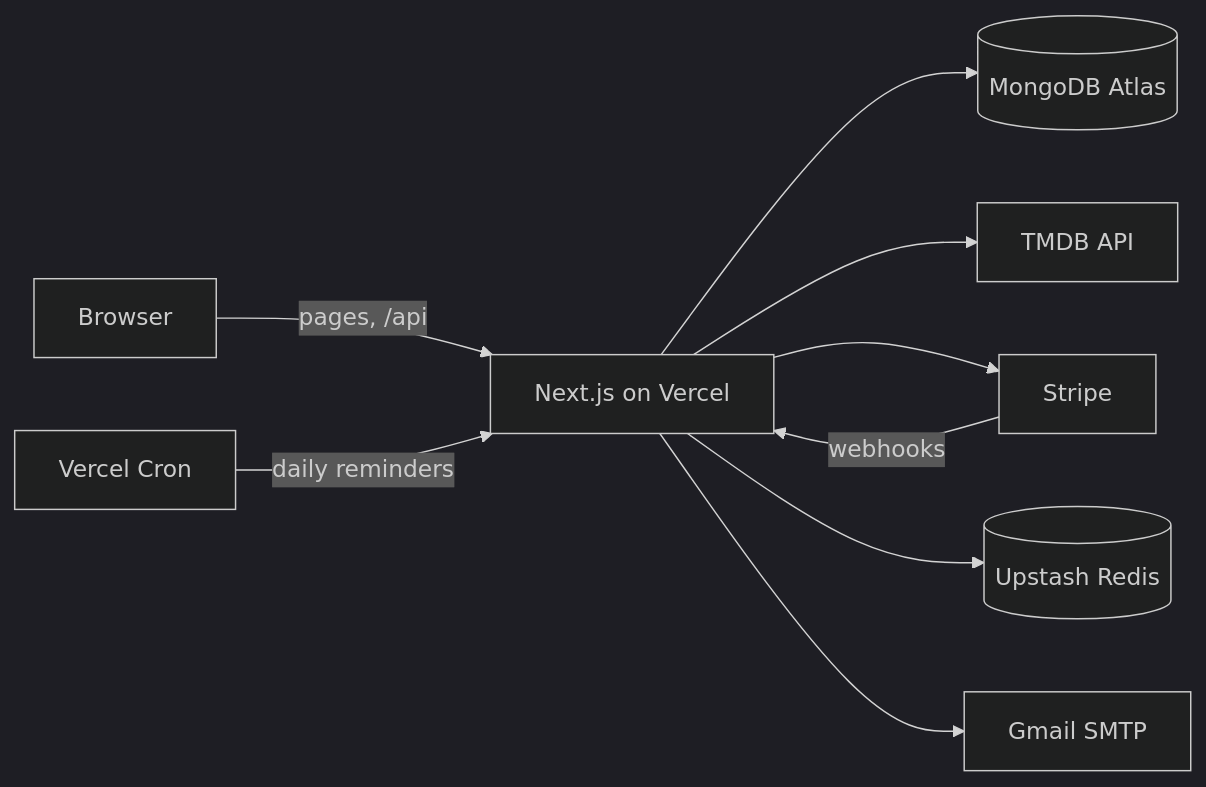
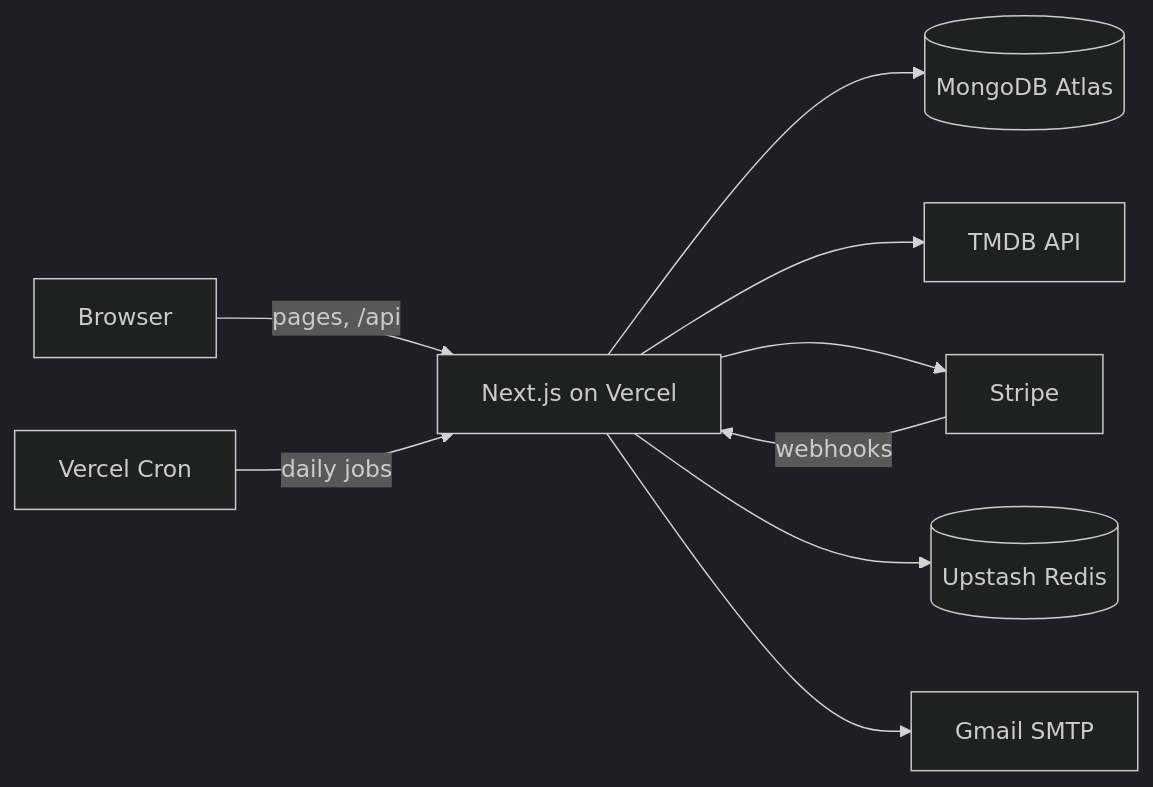
One commit to HrvojeZec/movieapp changed the diagram in README.md. Above: the diagram before and after it, drawn with Mermaid (dark theme). The commit also changed other lines of this file and 26 other files, not shown here.

````diff
--- a/README.md
+++ b/README.md
@@ -94,11 +94,11 @@
 ```mermaid
 flowchart LR
   Browser -->|pages, /api| Next[Next.js on Vercel]
   Next --> Mongo[(MongoDB Atlas)]
   Next --> TMDB[TMDB API]
   Next --> Stripe
   Next --> Redis[(Upstash Redis)]
   Next --> Gmail[Gmail SMTP]
   Stripe -->|webhooks| Next
-  Cron[Vercel Cron] -->|daily reminders| Next
+  Cron[Vercel Cron] -->|daily jobs| Next
 ```
````
